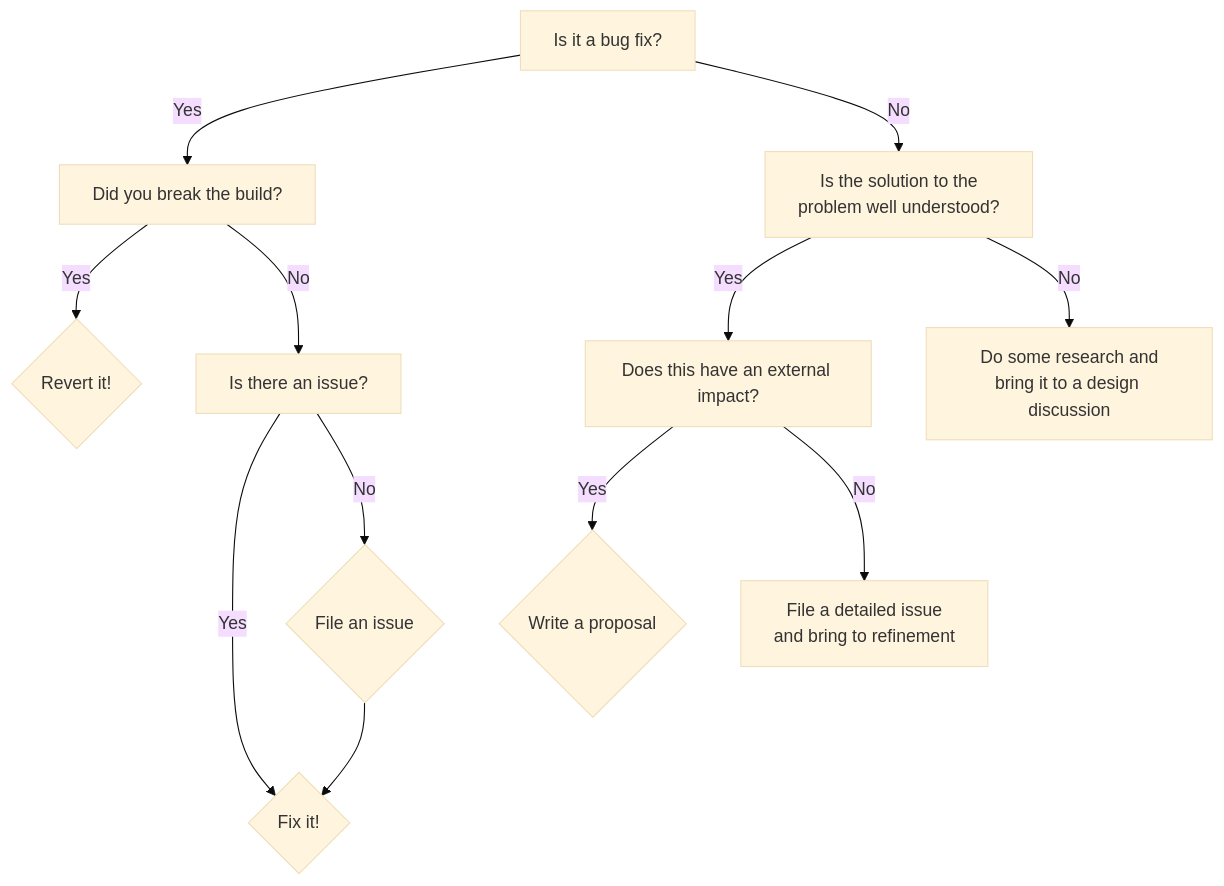
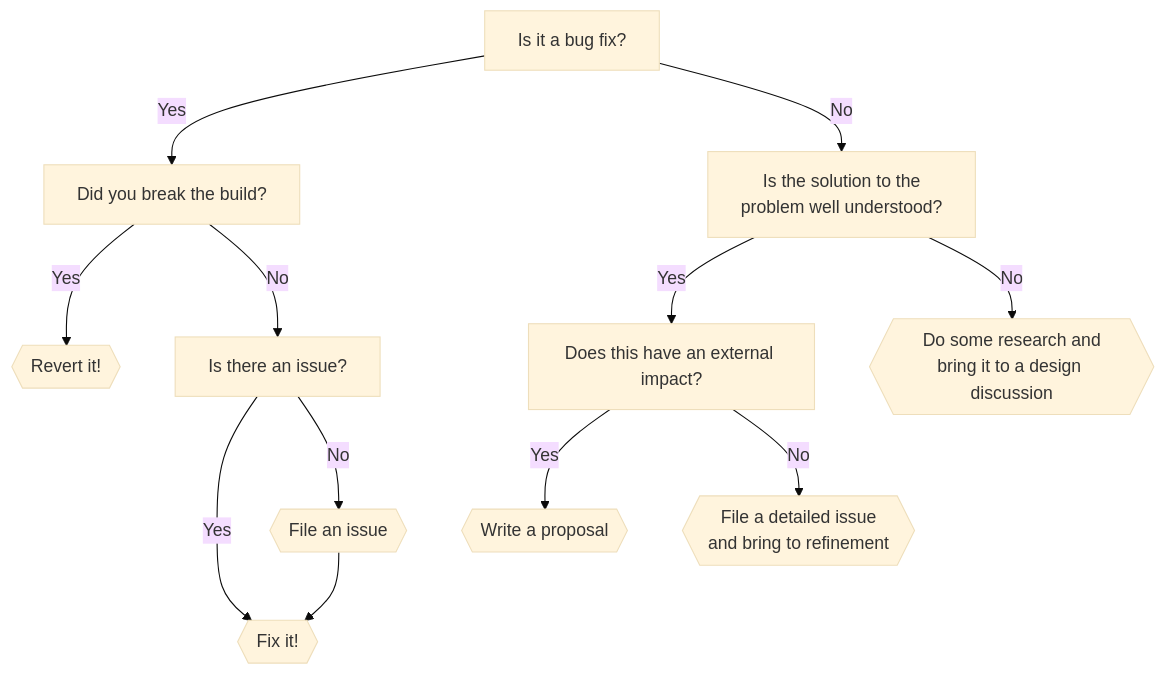
One commit to llvm-beanz/hlsl-specs changed the diagram in docs/TeamWorkflow.md. Above: the diagram before and after it, drawn with Mermaid (base theme).

Commit message:
More tweaks to mermaid

````diff
--- a/docs/TeamWorkflow.md
+++ b/docs/TeamWorkflow.md
@@ -75,17 +75,17 @@
 ```mermaid
 flowchart TD
 Start[Is it a bug fix?] --> |Yes| Break[Did you break the build?]
-Break --> |Yes| Revert{Revert it!}
+Break --> |Yes| Revert{{Revert it!}}
 Break --> |No| Issue[Is there an issue?]
-Issue --> |Yes|Fix{Fix it!}
-Issue --> |No| FileIssue{File an issue}
+Issue --> |Yes|Fix{{Fix it!}}
+Issue --> |No| FileIssue{{File an issue}}
 FileIssue --> Fix
 Start --> |No| Understand["`Is the solution to the
                           problem well understood?`"]
 Understand --> |Yes| External[Does this have an external impact?]
-External --> |Yes| Proposal{Write a proposal}
-External --> |No| DetailedIssue["`File a detailed issue
-                                and bring to refinement`"]
-Understand --> |No| Research["`Do some research and
-                             bring it to a design discussion`"]
+External --> |Yes| Proposal{{Write a proposal}}
+External --> |No| DetailedIssue{{"`File a detailed issue
+                                and bring to refinement`"}}
+Understand --> |No| Research{{"`Do some research and
+                             bring it to a design discussion`"}}
 ```
````
